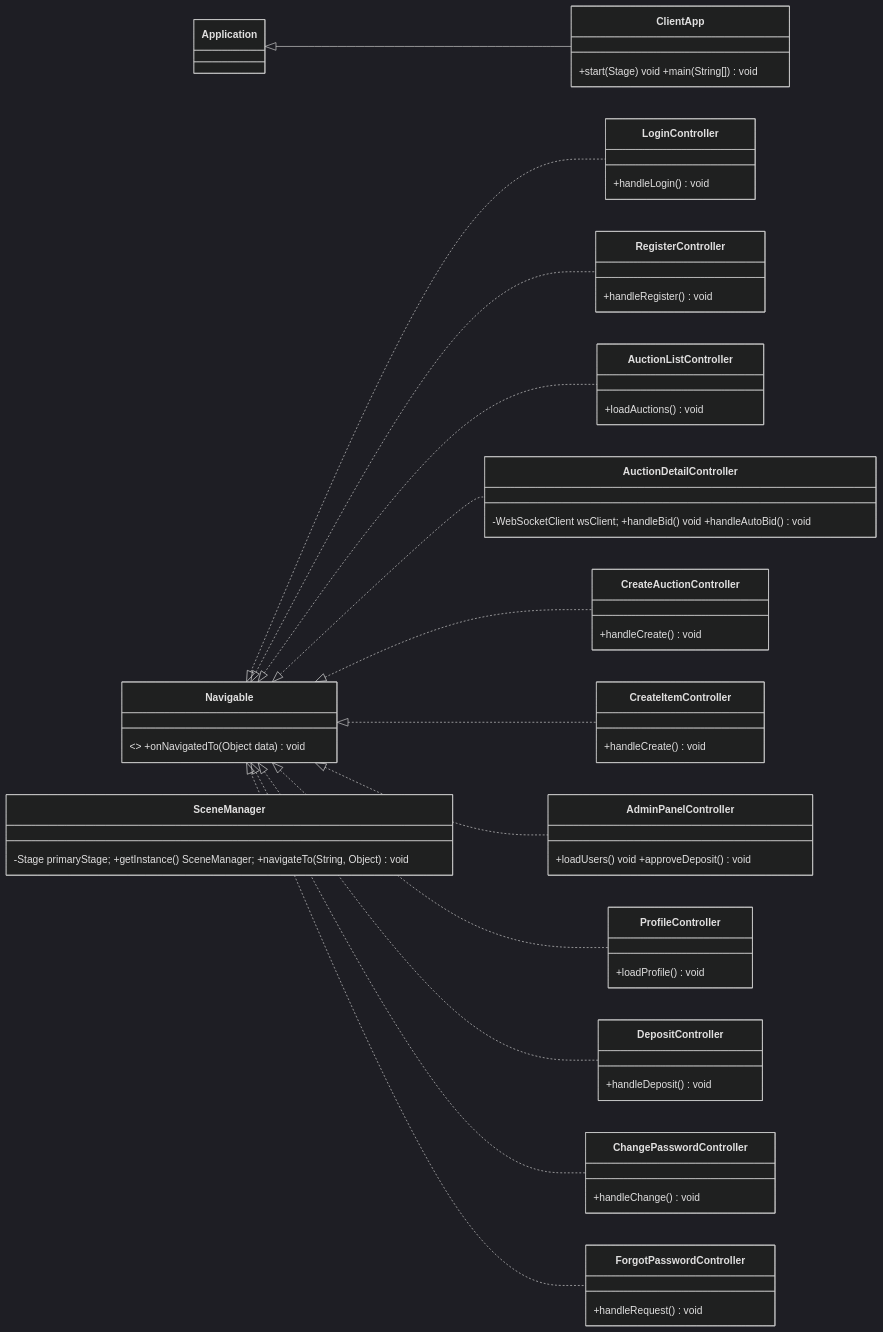
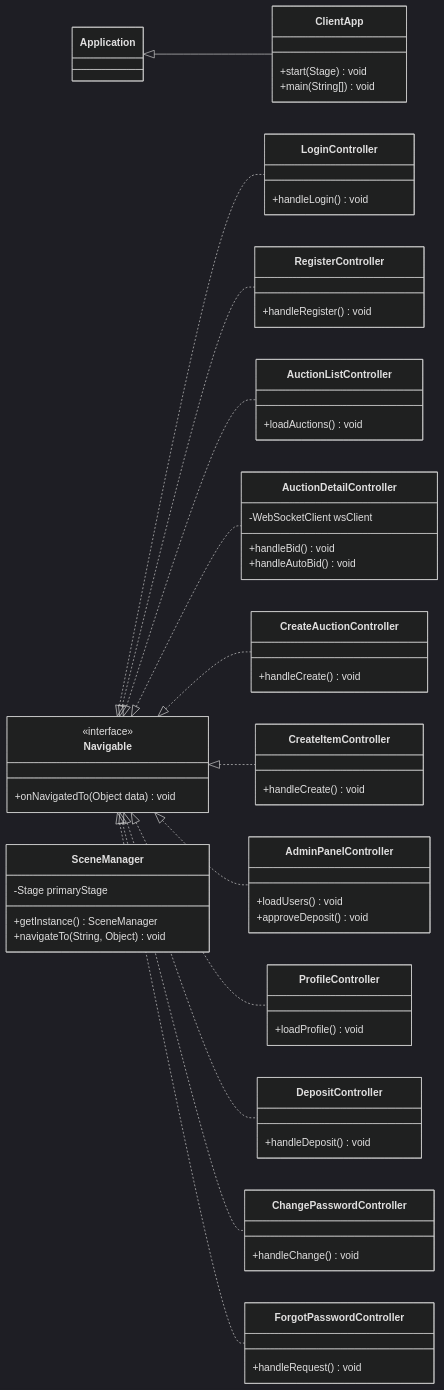
One commit to kieran-labs/oop-course-project-uet changed the fourth of 5 diagrams in README.md. Above: the diagram before and after it, drawn with Mermaid (dark theme). The commit also changed other lines of this file, not shown here.

````diff
--- a/README.md
+++ b/README.md
@@ -171,31 +282,66 @@
 ```mermaid
 classDiagram
     direction LR
     class Application
-    class ClientApp { +start(Stage) void +main(String[]) void }
+    class ClientApp {
+        +start(Stage) void
+        +main(String[]) void
+    }
     Application <|-- ClientApp
-    class Navigable { <<interface>> +onNavigatedTo(Object data) void }
-    class SceneManager { -Stage primaryStage; +getInstance() SceneManager; +navigateTo(String, Object) void }
-    class LoginController { +handleLogin() void }
-    class RegisterController { +handleRegister() void }
-    class AuctionListController { +loadAuctions() void }
-    class AuctionDetailController { -WebSocketClient wsClient; +handleBid() void +handleAutoBid() void }
-    class CreateAuctionController { +handleCreate() void }
-    class CreateItemController { +handleCreate() void }
-    class AdminPanelController { +loadUsers() void +approveDeposit() void }
-    class ProfileController { +loadProfile() void }
-    class DepositController { +handleDeposit() void }
-    class ChangePasswordController { +handleChange() void }
-    class ForgotPasswordController { +handleRequest() void }
+    class Navigable {
+        <<interface>>
+        +onNavigatedTo(Object data) void
+    }
+    class SceneManager {
+        -Stage primaryStage
+        +getInstance() SceneManager
+        +navigateTo(String, Object) void
+    }
+    class LoginController {
+        +handleLogin() void
+    }
+    class RegisterController {
+        +handleRegister() void
+    }
+    class AuctionListController {
+        +loadAuctions() void
+    }
+    class AuctionDetailController {
+        -WebSocketClient wsClient
+        +handleBid() void
+        +handleAutoBid() void
+    }
+    class CreateAuctionController {
+        +handleCreate() void
+    }
+    class CreateItemController {
+        +handleCreate() void
+    }
+    class AdminPanelController {
+        +loadUsers() void
+        +approveDeposit() void
+    }
+    class ProfileController {
+        +loadProfile() void
+    }
+    class DepositController {
+        +handleDeposit() void
+    }
+    class ChangePasswordController {
+        +handleChange() void
+    }
+    class ForgotPasswordController {
+        +handleRequest() void
+    }
     Navigable <|.. LoginController
     Navigable <|.. RegisterController
     Navigable <|.. AuctionListController
     Navigable <|.. AuctionDetailController
     Navigable <|.. CreateAuctionController
     Navigable <|.. CreateItemController
     Navigable <|.. AdminPanelController
     Navigable <|.. ProfileController
     Navigable <|.. DepositController
     Navigable <|.. ChangePasswordController
     Navigable <|.. ForgotPasswordController
 ```
````
